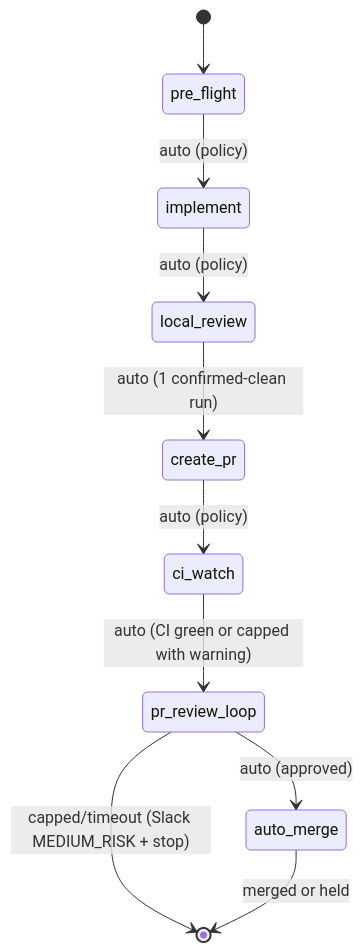
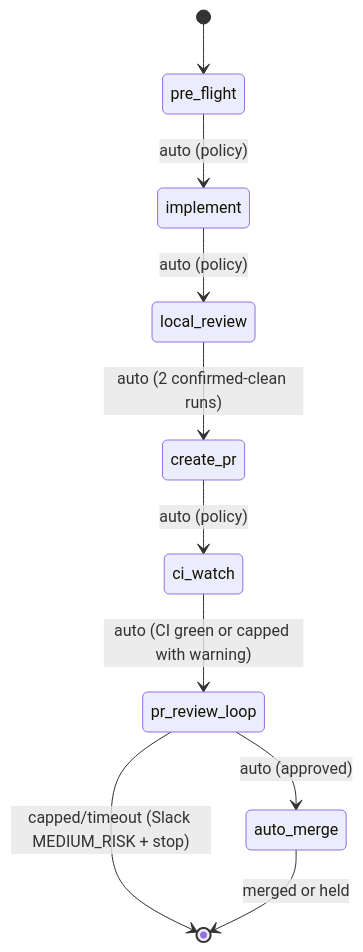
The diagram in plugins/onex/skills/ticket-pipeline/SKILL.md (OmniNode-ai/omniclaude), drawn with Mermaid before and after one commit. The commit also changed other lines of this file, not shown here.

First line of the commit message:
feat(ticket-pipeline): add Phase 5 pr_review_loop to autonomous pipeline [OMN-2528]

````diff
--- a/plugins/onex/skills/ticket-pipeline/SKILL.md
+++ b/plugins/onex/skills/ticket-pipeline/SKILL.md
@@ -50,12 +50,12 @@
 ```mermaid
 stateDiagram-v2
     [*] --> pre_flight
     pre_flight --> implement : auto (policy)
     implement --> local_review : auto (policy)
-    local_review --> create_pr : auto (1 confirmed-clean run)
+    local_review --> create_pr : auto (2 confirmed-clean runs)
     create_pr --> ci_watch : auto (policy)
     ci_watch --> pr_review_loop : auto (CI green or capped with warning)
     pr_review_loop --> auto_merge : auto (approved)
     pr_review_loop --> [*] : capped/timeout (Slack MEDIUM_RISK + stop)
     auto_merge --> [*] : merged or held
 ```
````
